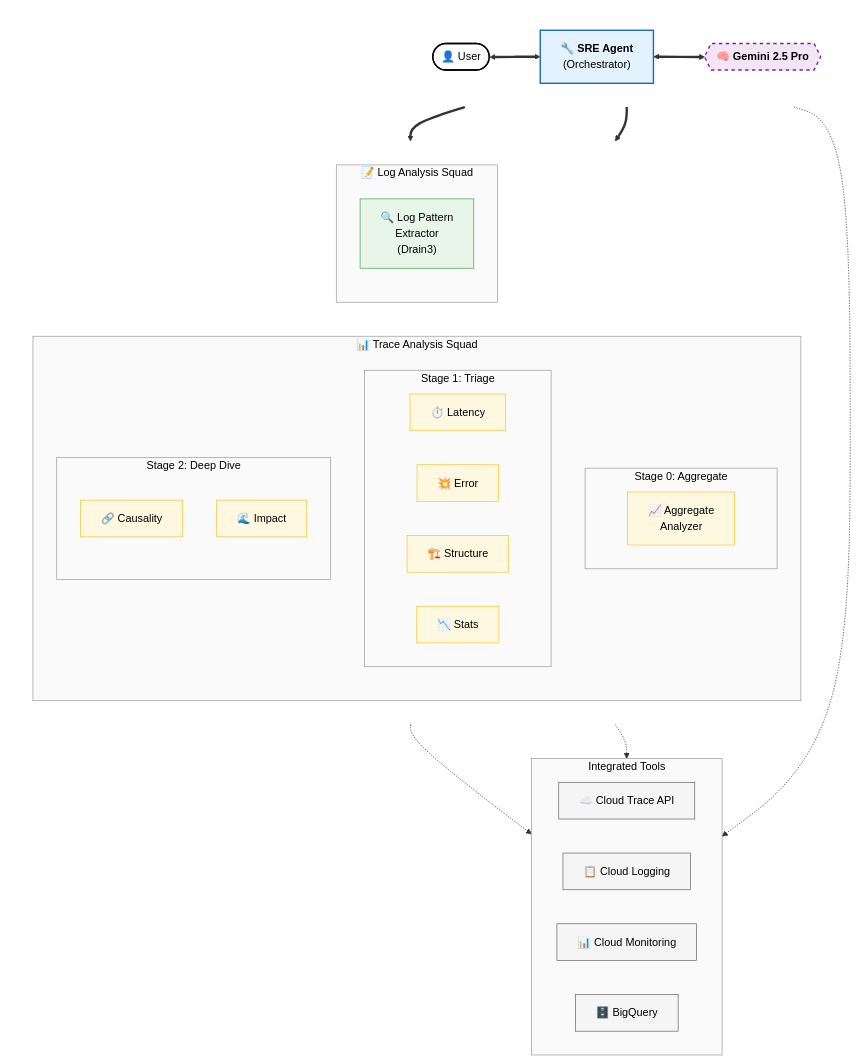
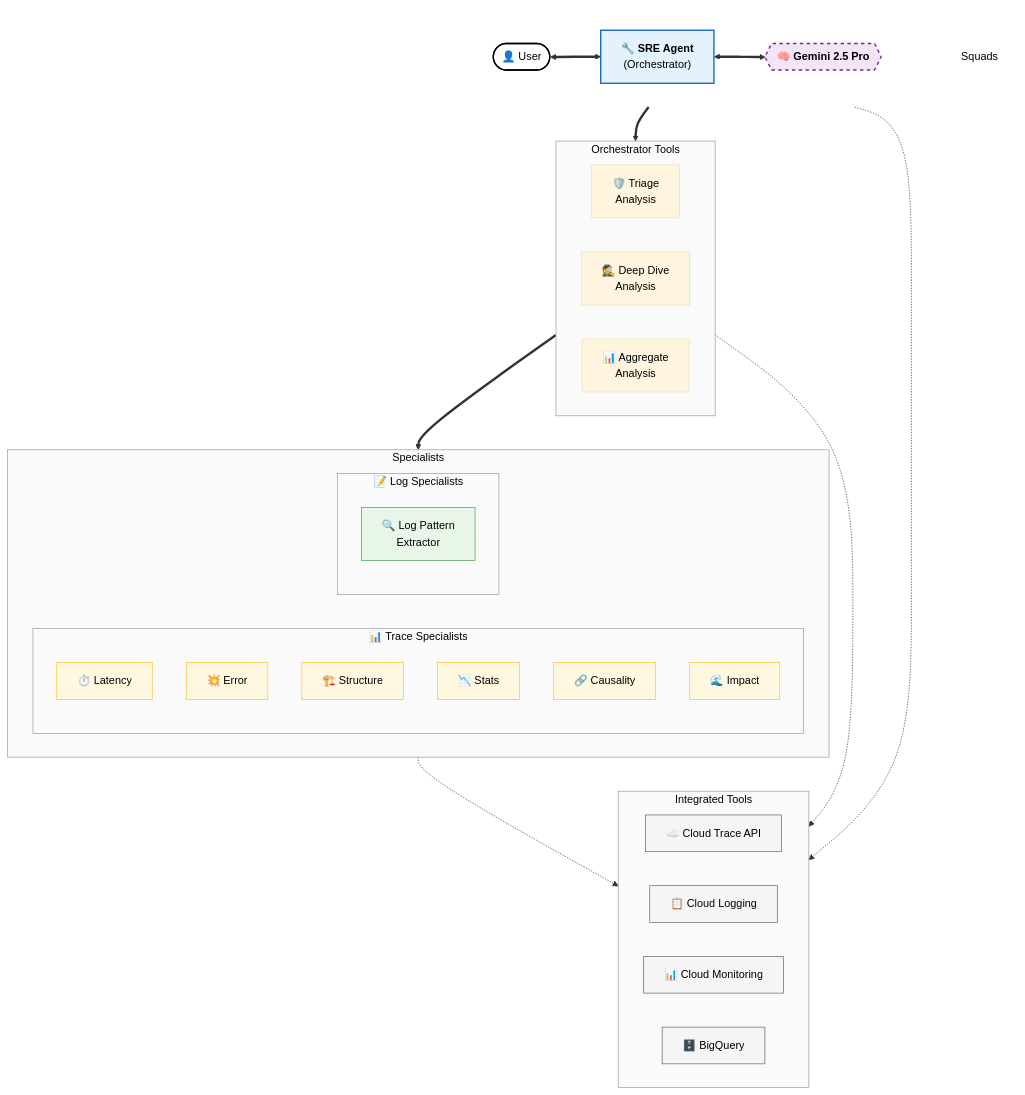
One commit to srtux/trace_analyzer changed the first of 2 diagrams in README.md. Above: the diagram before and after it, drawn with Mermaid. The commit also changed other lines of this file and 137 other files, not shown here.

Commit message:
refactor: Migrate core trace analysis and agent components from `trace_analyzer` and `sre_agent` to a new `gcp_observability` module.

````diff
--- a/README.md
+++ b/README.md
@@ -15,81 +15,81 @@
 ```mermaid
 %%{init: {
   'theme': 'base',
   'themeVariables': {
     'fontFamily': 'arial',
     'fontSize': '16px',
     'lineColor': '#333333',
     'primaryTextColor': '#000000',
     'tertiaryColor': '#ffffff',
     'clusterBkg': '#fafafa',
     'clusterBorder': '#999999'
   }
 }}%%
 flowchart TB
     subgraph ControlRow [ ]
         direction LR
         User([👤 User])
         Agent["🔧 <b>SRE Agent</b><br/>(Orchestrator)"]
         Gemini{{"🧠 <b>Gemini 2.5 Pro</b>"}}
 
         User <==> Agent
         Agent <==> Gemini
     end
 
-    subgraph Squads [ ]
+    subgraph Orchestration [Orchestrator Tools]
+        direction LR
+        TRIAGE["🛡️ Triage<br/>Analysis"]
+        DEEP["🕵️ Deep Dive<br/>Analysis"]
+        AGG_TOOL["📊 Aggregate<br/>Analysis"]
+    end
+
+    subgraph Specialists [Specialists]
         direction LR
 
-        subgraph TraceSquad [📊 Trace Analysis Squad]
+        subgraph TraceExperts [📊 Trace Specialists]
             direction TB
-            subgraph Stage0 [Stage 0: Aggregate]
-                AGG["📈 Aggregate<br/>Analyzer"]
-            end
-            subgraph Stage1 [Stage 1: Triage]
-                L["⏱️ Latency"]
-                E["💥 Error"]
-                S["🏗️ Structure"]
-                ST["📉 Stats"]
-            end
-            subgraph Stage2 [Stage 2: Deep Dive]
-                C["🔗 Causality"]
-                SI["🌊 Impact"]
-            end
+            L["⏱️ Latency"]
+            E["💥 Error"]
+            S["🏗️ Structure"]
+            ST["📉 Stats"]
+            C["🔗 Causality"]
+            SI["🌊 Impact"]
         end
 
-        subgraph LogSquad [📝 Log Analysis Squad]
+        subgraph LogExperts [📝 Log Specialists]
             direction TB
-            LP["🔍 Log Pattern<br/>Extractor<br/>(Drain3)"]
+            LP["🔍 Log Pattern<br/>Extractor"]
         end
     end
 
     subgraph ToolLayer [Integrated Tools]
         direction LR
         TraceAPI["☁️ Cloud Trace API"]
         LogAPI["📋 Cloud Logging"]
         MetricsAPI["📊 Cloud Monitoring"]
         BQ["🗄️ BigQuery"]
     end
 
-    Agent ==> TraceSquad
-    Agent ==> LogSquad
+    Agent ==> Orchestration
+    Orchestration ==> Specialists
     Agent -.-> ToolLayer
-    TraceSquad -.-> ToolLayer
-    LogSquad -.-> ToolLayer
+    Specialists -.-> ToolLayer
+    Orchestration -.-> ToolLayer
 
     style ControlRow fill:none,stroke:none
     style Squads fill:none,stroke:none
 
     classDef userNode fill:#ffffff,stroke:#000000,stroke-width:2px;
     classDef agentNode fill:#e3f2fd,stroke:#1565c0,stroke-width:2px;
     classDef brainNode fill:#f3e5f5,stroke:#7b1fa2,stroke-width:2px,stroke-dasharray: 5 5;
     classDef squadNode fill:#fff8e1,stroke:#fbc02d,stroke-width:1px;
     classDef logNode fill:#e8f5e9,stroke:#43a047,stroke-width:1px;
     classDef toolNode fill:#f5f5f5,stroke:#616161,stroke-width:1px;
 
     class User userNode;
     class Agent agentNode;
     class Gemini brainNode;
     class AGG,L,E,S,ST,C,SI squadNode;
     class LP logNode;
     class TraceAPI,LogAPI,MetricsAPI,BQ toolNode;
 ```
````
